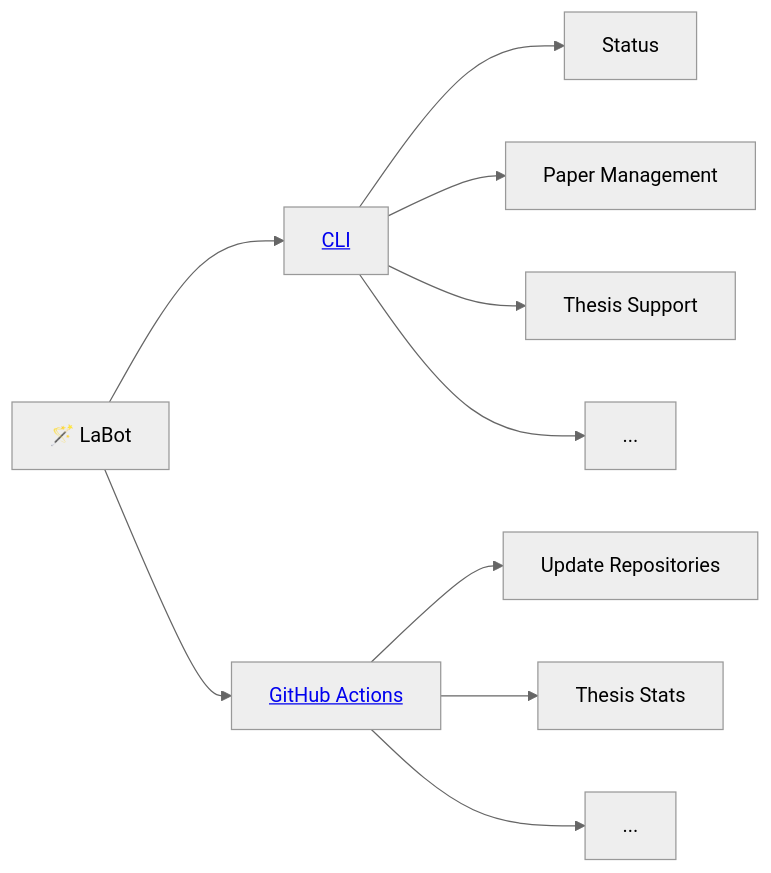
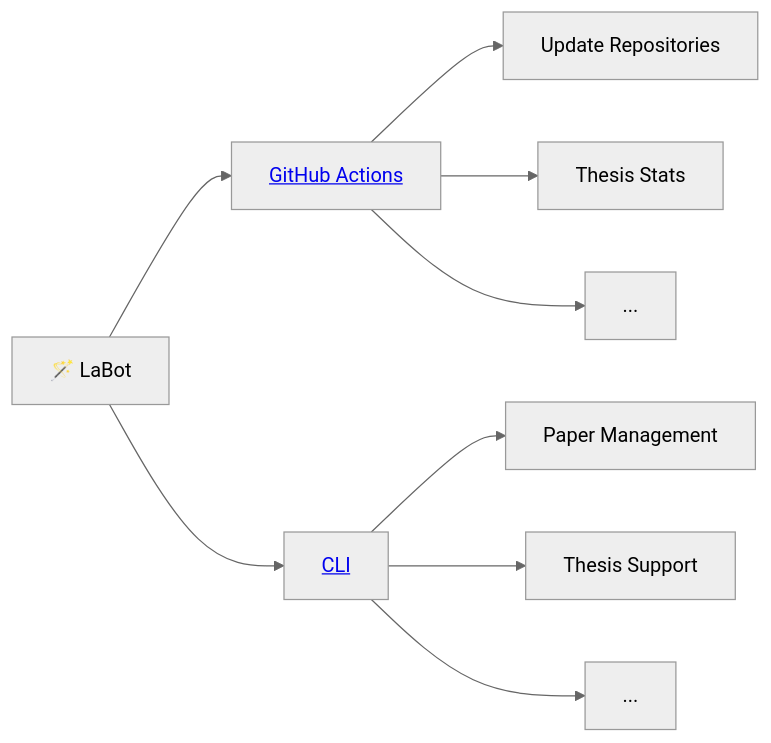
Before and after one commit to digital-work-lab/labot: the diagram in README.md, drawn with Mermaid (neutral theme). The commit also changed other lines of this file, not shown here.

````diff
--- a/README.md
+++ b/README.md
@@ -3,12 +3,11 @@
 ```mermaid
 graph LR
-    labot[🪄 LaBot] --> cli["<a href='#cli'>CLI</a>"]
-    labot --> ghactions["<a href='#github-actions'>GitHub Actions</a>"]
-    cli --> status[Status]
+    labot[🪄 LaBot] --> ghactions["<a href='#github-actions'>GitHub Actions</a>"]
+    labot --> cli["<a href='#cli'>CLI</a>"]
+    ghactions --> repos[Update Repositories]
+    ghactions --> thesis_stats[Thesis Stats]
+    ghactions --> other_gha[...]
     cli --> paper[Paper Management]
     cli --> thesis[Thesis Support]
     cli --> other_cli[...]
-    ghactions --> repos[Update Repositories]
-    ghactions --> thesis_stats[Thesis Stats]
-    ghactions --> other_gha[...]
 ```
````
